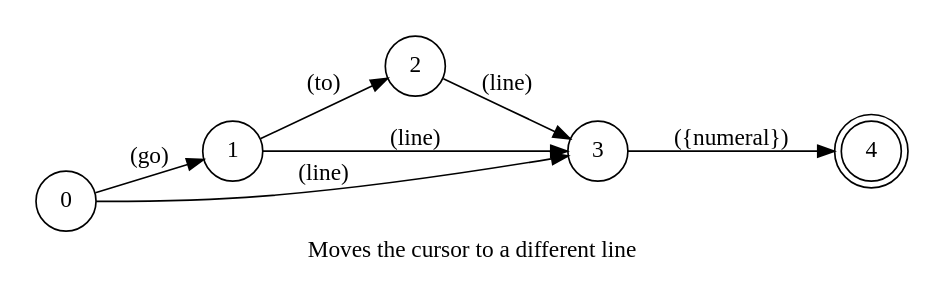
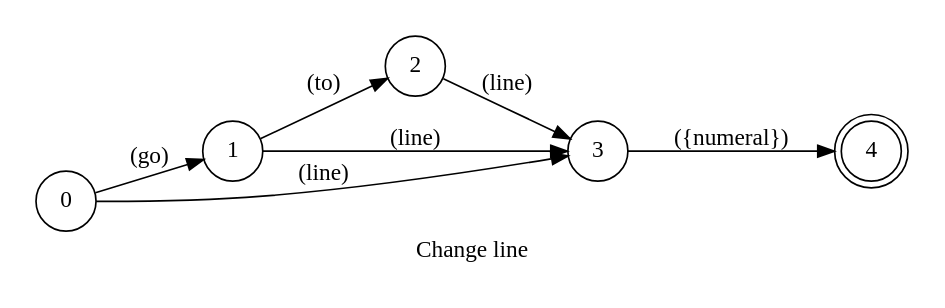
Before and after one commit to pedrooaugusto/speech-to-code: the diagram in spoken/src/modules/typescript/go_to_line/phrase_en-US.dot, drawn with Graphviz. The commit also changed 34 other files, not shown here.

```diff
--- a/spoken/src/modules/typescript/go_to_line/phrase_en-US.dot
+++ b/spoken/src/modules/typescript/go_to_line/phrase_en-US.dot
@@ -1,18 +1,18 @@
 digraph GoToLine {
     id="GoToLine";
-    label="Moves the cursor to a different line";
+    label="Change line";
     lang="en-US";
     langName="English";
     pad="0.2";
     rankdir=LR;
     node[shape=doublecircle]; 4;
     node[shape=circle];
 
     0 -> 1 [label="(go)"];
     1 -> 2 [label="(to)"];
     {2 1 0} -> 3 [label="(line)"];
     3 -> 4 [label="({numeral})", store=line];
 
-    title="Go to line";
+    title="Change line";
     desc="Moves the cursor to a different line";
 }
```
